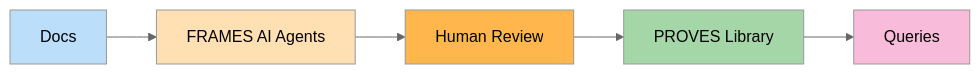
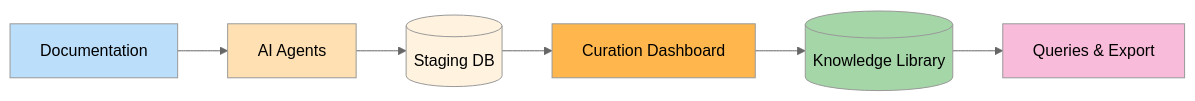
The diagram in README.md (Lizo-RoadTown/PROVES_LIBRARY), drawn with Mermaid (neutral theme) before and after one commit. The commit also changed other lines of this file, not shown here.

````diff
--- a/README.md
+++ b/README.md
@@ -35,13 +39,15 @@
 ```mermaid
 flowchart LR
-    DOCS[Docs] --> AGENTS[FRAMES AI Agents]
-    AGENTS --> REVIEW[Human Review]
-    REVIEW --> LIB[PROVES Library]
-    LIB --> QUERY[Queries]
+    DOCS[Documentation] --> AGENTS[AI Agents]
+    AGENTS --> STAGING[(Staging DB)]
+    STAGING --> DASH[Curation Dashboard]
+    DASH --> LIB[(Knowledge Library)]
+    LIB --> QUERY[Queries & Export]
 
     style DOCS fill:#bbdefb
     style AGENTS fill:#ffe0b2
-    style REVIEW fill:#ffb74d
+    style STAGING fill:#fff3e0
+    style DASH fill:#ffb74d
     style LIB fill:#a5d6a7
     style QUERY fill:#f8bbd9
 ```
````
